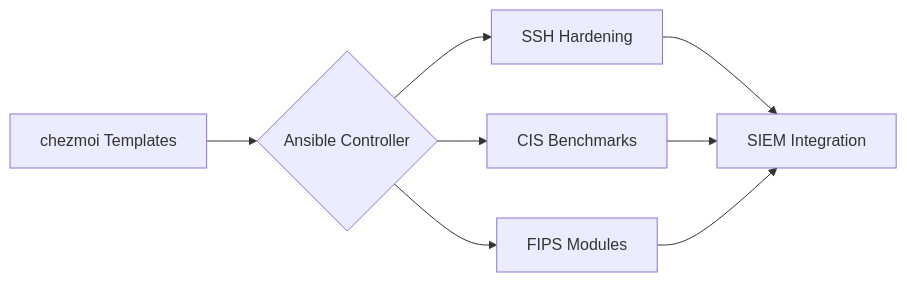
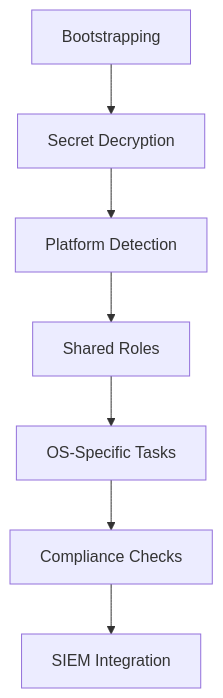
One commit to hetfs/dotfiles changed the second of 3 diagrams in README.md. Above: the diagram before and after it, drawn with Mermaid. The commit also changed other lines of this file and 77 other files, not shown here.

`````diff
--- a/README.md
+++ b/README.md
@@ -49,8 +91,9 @@
 ```mermaid
-graph LR
-  A[chezmoi Templates] --> B{Ansible Controller}
-  B --> C[SSH Hardening]
-  B --> D[CIS Benchmarks]
-  B --> E[FIPS Modules]
-  C & D & E --> F[SIEM Integration]
-````
+graph TD
+    A[Bootstrapping] --> B[Secret Decryption]
+    B --> C[Platform Detection]
+    C --> D[Shared Roles]
+    D --> E[OS-Specific Tasks]
+    E --> F[Compliance Checks]
+    F --> G[SIEM Integration]
+```
`````
